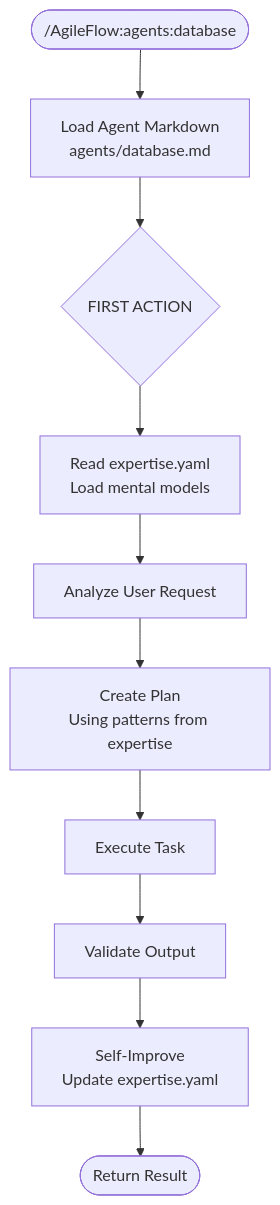
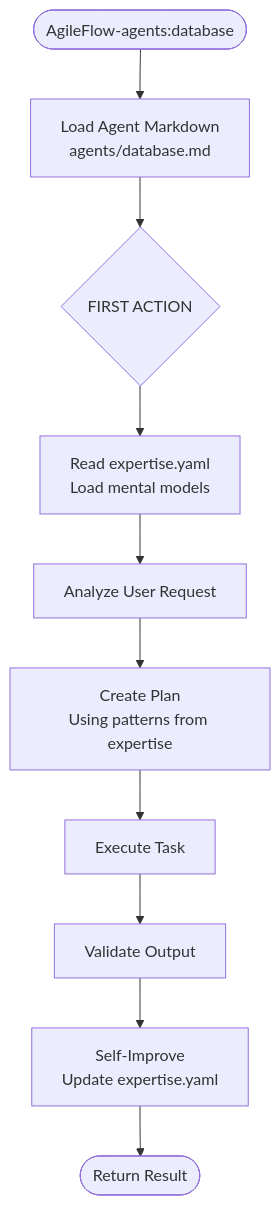
One commit to xloxn69/AgileFlow changed the third of 11 diagrams in docs/04-architecture/command-agent-flow.md. Above: the diagram before and after it, drawn with Mermaid. The commit also changed other lines of this file and 4 other files, not shown here.

Commit message:
fix: escape special characters in mermaid diagrams for GitHub rendering

````diff
--- a/docs/04-architecture/command-agent-flow.md
+++ b/docs/04-architecture/command-agent-flow.md
@@ -93,25 +93,25 @@
 ```mermaid
 flowchart TD
   accTitle: Agent Execution Pattern
   accDescr: Shows how an agent command executes with expertise
 
-  start([/AgileFlow:agents:database])
+  start([AgileFlow-agents:database])
 
   start --> load[Load Agent Markdown<br/>agents/database.md]
 
   load --> first{FIRST ACTION}
 
   first --> expertise[Read expertise.yaml<br/>Load mental models]
 
   expertise --> analyze[Analyze User Request]
 
   analyze --> plan[Create Plan<br/>Using patterns from expertise]
 
   plan --> execute[Execute Task]
 
   execute --> validate[Validate Output]
 
   validate --> improve[Self-Improve<br/>Update expertise.yaml]
 
   improve --> output([Return Result])
 ```
````
